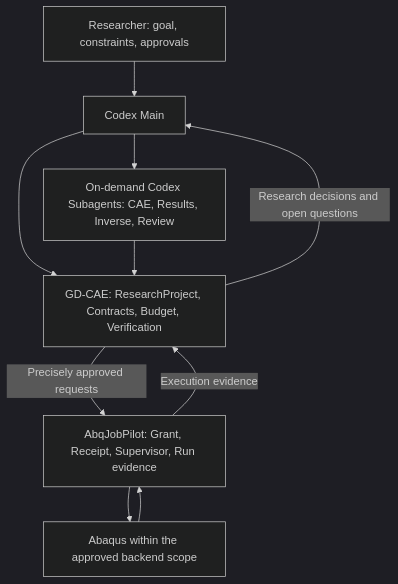
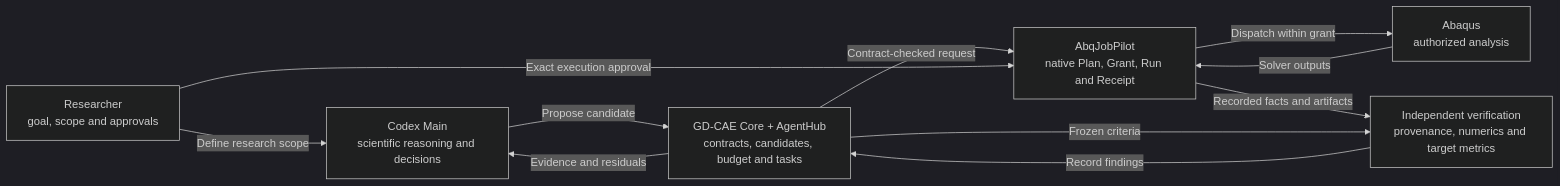
Before and after one commit to BrunelXian/Goal-Driven-CAE-Orchestrator: the diagram in README.md, drawn with Mermaid (dark theme). The commit also changed other lines of this file, not shown here.

````diff
--- a/README.md
+++ b/README.md
@@ -128,12 +54,19 @@
 ```mermaid
-flowchart TB
-    R["Researcher: goal, constraints, approvals"] --> C["Codex Main"]
-    C --> S["On-demand Codex Subagents: CAE, Results, Inverse, Review"]
-    C --> G["GD-CAE: ResearchProject, Contracts, Budget, Verification"]
-    S --> G
-    G -->|"Precisely approved requests"| A["AbqJobPilot: Grant, Receipt, Supervisor, Run evidence"]
-    A --> B["Abaqus within the approved backend scope"]
-    B --> A
-    A -->|"Execution evidence"| G
-    G -->|"Research decisions and open questions"| C
+flowchart LR
+    R["Researcher<br/>goal, scope and approvals"]
+    M["Codex Main<br/>scientific reasoning and decisions"]
+    G["GD-CAE Core + AgentHub<br/>contracts, candidates, budget and tasks"]
+    F["AbqJobPilot<br/>native Plan, Grant, Run and Receipt"]
+    A["Abaqus<br/>authorized analysis"]
+    V["Independent verification<br/>provenance, numerics and target metrics"]
+    R -->|"Define research scope"| M
+    M -->|"Propose candidate"| G
+    G -->|"Contract-checked request"| F
+    R -->|"Exact execution approval"| F
+    F -->|"Dispatch within grant"| A
+    A -->|"Solver outputs"| F
+    F -->|"Recorded facts and artifacts"| V
+    G -->|"Frozen criteria"| V
+    V -->|"Record findings"| G
+    G -->|"Evidence and residuals"| M
 ```
````
